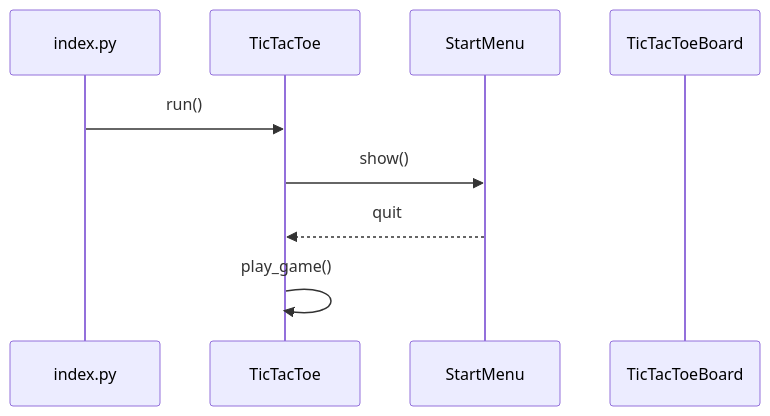
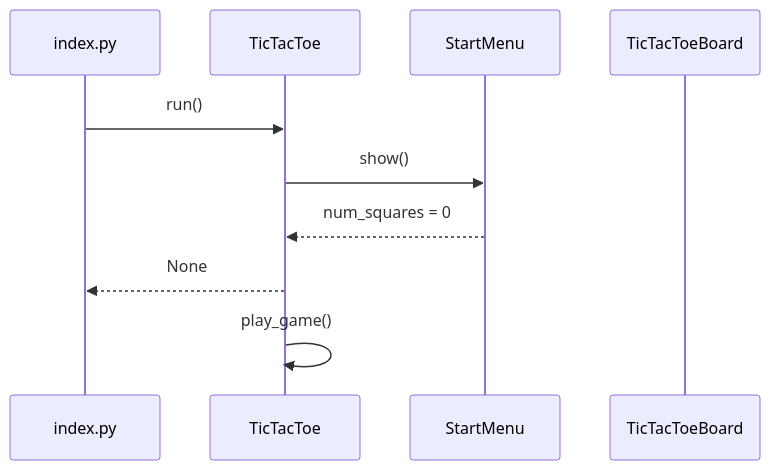
The fourth of 4 diagrams in maarittelydokumentti/arkkitehtuuri.md (TatuSorjonen/ot-harjoitustyo), drawn with Mermaid before and after one commit.

````diff
--- a/maarittelydokumentti/arkkitehtuuri.md
+++ b/maarittelydokumentti/arkkitehtuuri.md
@@ -137,12 +137,13 @@
 ```mermaid
 sequenceDiagram
   participant index.py
   participant TicTacToe
   participant StartMenu
   participant TicTacToeBoard
   index.py->> TicTacToe: run()
   TicTacToe->> StartMenu: show()
-  StartMenu-->> TicTacToe: quit
+  StartMenu-->> TicTacToe: num_squares = 0
+  TicTacToe-->> index.py: None
   TicTacToe->> TicTacToe: play_game()
   
 ```
````
